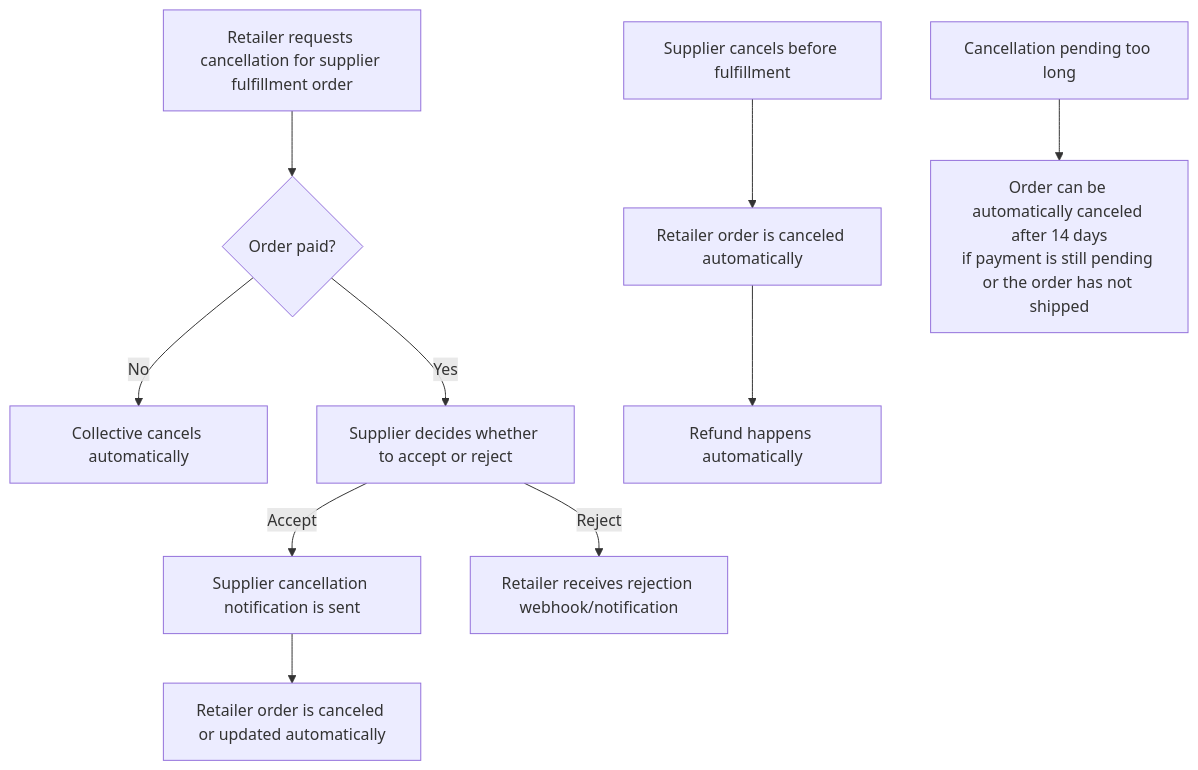
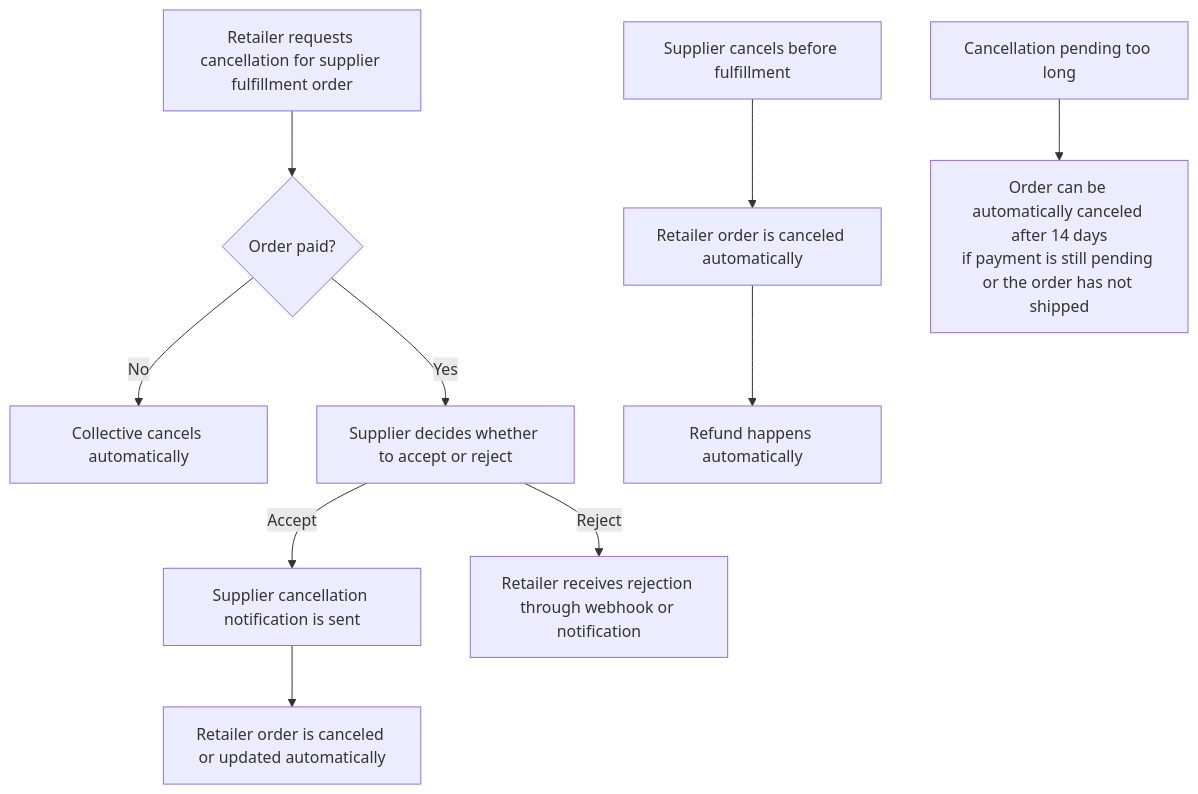
One commit to shopify-apac-ts/shopify-technical-docs changed the sixth of 9 diagrams in products/shopify-collective/architecture.md. Above: the diagram before and after it, drawn with Mermaid. The commit also changed other lines of this file and 8 other files, not shown here.

````diff
--- a/products/shopify-collective/architecture.md
+++ b/products/shopify-collective/architecture.md
@@ -190,14 +192,14 @@
 ```mermaid
 flowchart TD
     A["Retailer requests cancellation for supplier fulfillment order"] --> B{"Order paid?"}
     B -->|"No"| C["Collective cancels automatically"]
     B -->|"Yes"| D["Supplier decides whether to accept or reject"]
     D -->|"Accept"| E["Supplier cancellation notification is sent"]
     E --> F["Retailer order is canceled or updated automatically"]
-    D -->|"Reject"| G["Retailer receives rejection webhook/notification"]
+    D -->|"Reject"| G["Retailer receives rejection through webhook or notification"]
 
     H["Supplier cancels before fulfillment"] --> I["Retailer order is canceled automatically"]
     I --> J["Refund happens automatically"]
 
     K["Cancellation pending too long"] --> L["Order can be automatically canceled after 14 days<br/>if payment is still pending or the order has not shipped"]
 ```
````
